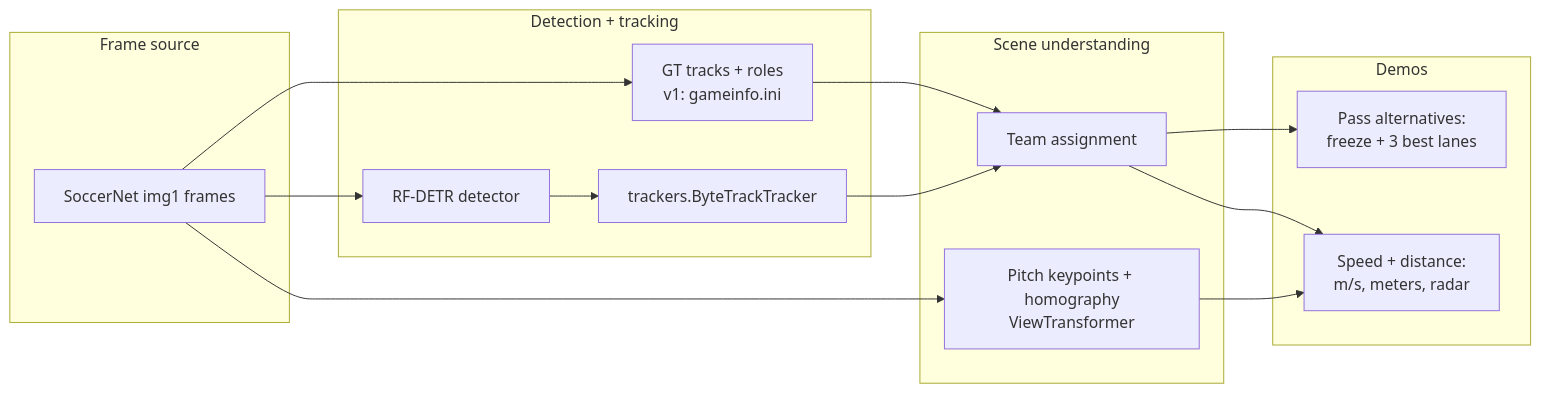
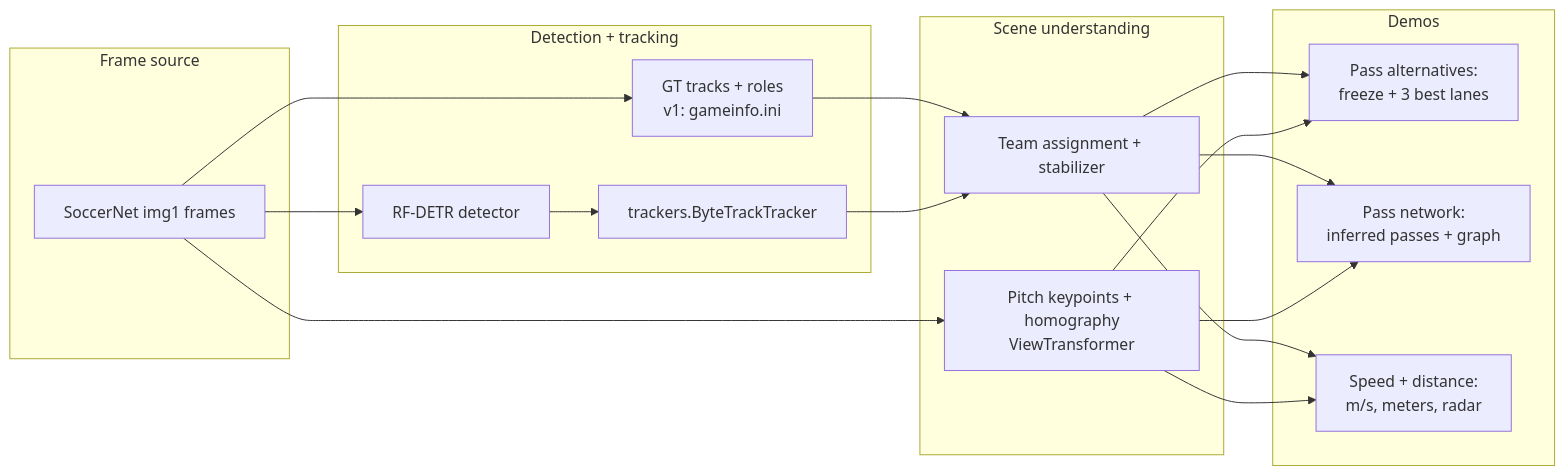
One commit to AlexBodner/world-cup-tracker-demos changed the diagram in README.md. Above: the diagram before and after it, drawn with Mermaid. The commit also changed other lines of this file and 12 other files, not shown here.

First line of the commit message:
Improve pass analytics, radar stability, and switch pitch model to Inference.

````diff
--- a/README.md
+++ b/README.md
@@ -149,28 +63,32 @@
 ```mermaid
 flowchart LR
     subgraph source [Frame source]
         snImg[SoccerNet img1 frames]
     end
     subgraph detect [Detection + tracking]
         gt[GT tracks + roles<br/>v1: gameinfo.ini]
         rfdetr[RF-DETR detector]
         bytetrack[trackers.ByteTrackTracker]
         rfdetr --> bytetrack
     end
     subgraph understand [Scene understanding]
-        team[Team assignment]
+        team[Team assignment + stabilizer]
         pitch[Pitch keypoints + homography<br/>ViewTransformer]
     end
     subgraph demos [Demos]
         passd[Pass alternatives:<br/>freeze + 3 best lanes]
+        network[Pass network:<br/>inferred passes + graph]
         speed[Speed + distance:<br/>m/s, meters, radar]
     end
     snImg --> gt
     snImg --> rfdetr
     gt --> team
     bytetrack --> team
     team --> passd
+    team --> network
     team --> speed
     pitch --> speed
+    pitch --> passd
+    pitch --> network
     snImg --> pitch
 ```
````
